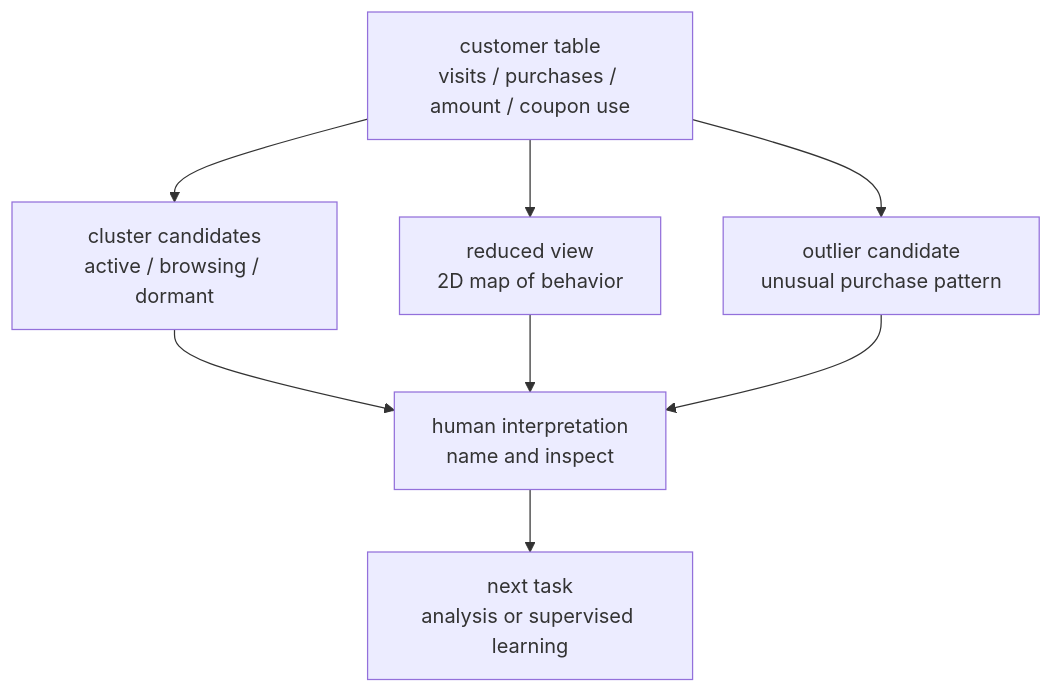
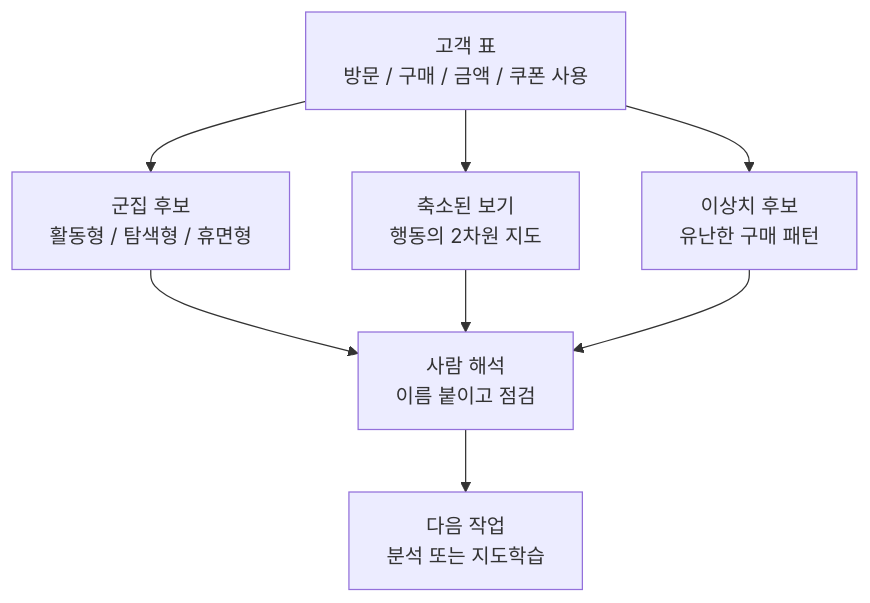
One commit to devchan64/AiBook changed the first of 3 diagrams in docs/parts/part-04/chapter-02/section-02.md. Above: the diagram before and after it, drawn with Mermaid. The commit also changed other lines of this file and 21 other files, not shown here.

````diff
--- a/docs/parts/part-04/chapter-02/section-02.md
+++ b/docs/parts/part-04/chapter-02/section-02.md
@@ -47,17 +47,17 @@
 ```mermaid
 flowchart TD
-  A["customer table<br/>visits / purchases / amount / coupon use"]
-  B["cluster candidates<br/>active / browsing / dormant"]
-  C["reduced view<br/>2D map of behavior"]
-  D["outlier candidate<br/>unusual purchase pattern"]
-  E["human interpretation<br/>name and inspect"]
-  F["next task<br/>analysis or supervised learning"]
+  A["고객 표<br/>방문 / 구매 / 금액 / 쿠폰 사용"]
+  B["군집 후보<br/>활동형 / 탐색형 / 휴면형"]
+  C["축소된 보기<br/>행동의 2차원 지도"]
+  D["이상치 후보<br/>유난한 구매 패턴"]
+  E["사람 해석<br/>이름 붙이고 점검"]
+  F["다음 작업<br/>분석 또는 지도학습"]
 
   A --> B
   A --> C
   A --> D
   B --> E
   C --> E
   D --> E
   E --> F
 ```
````
